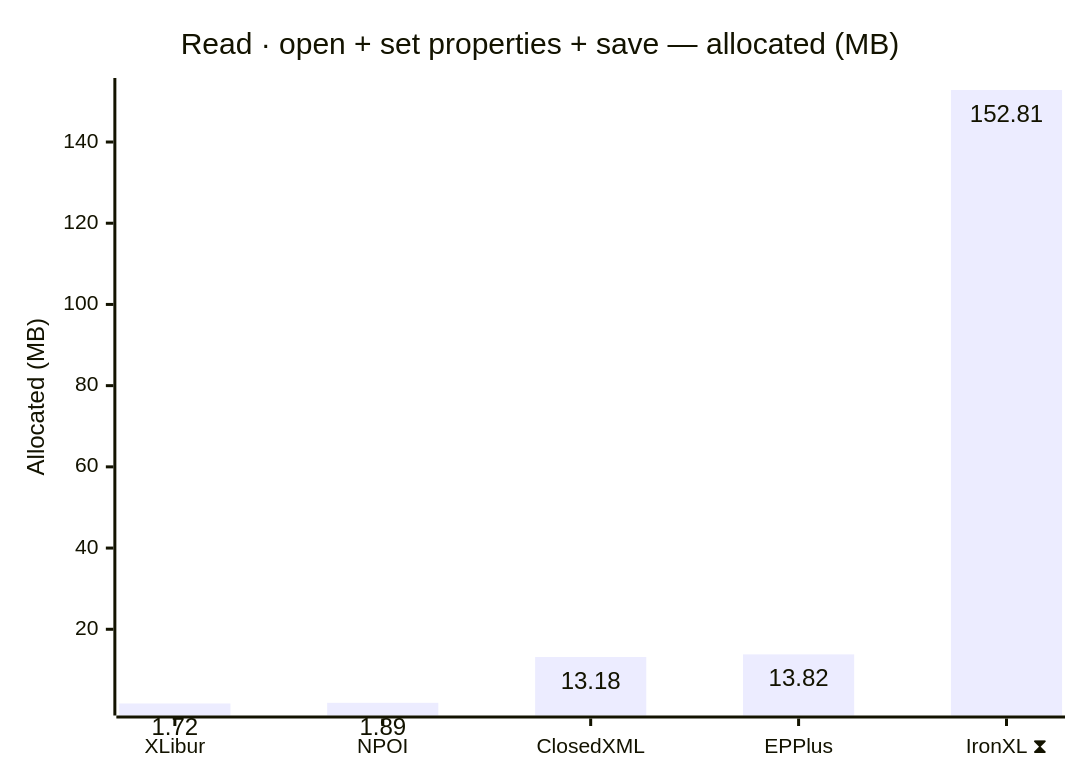
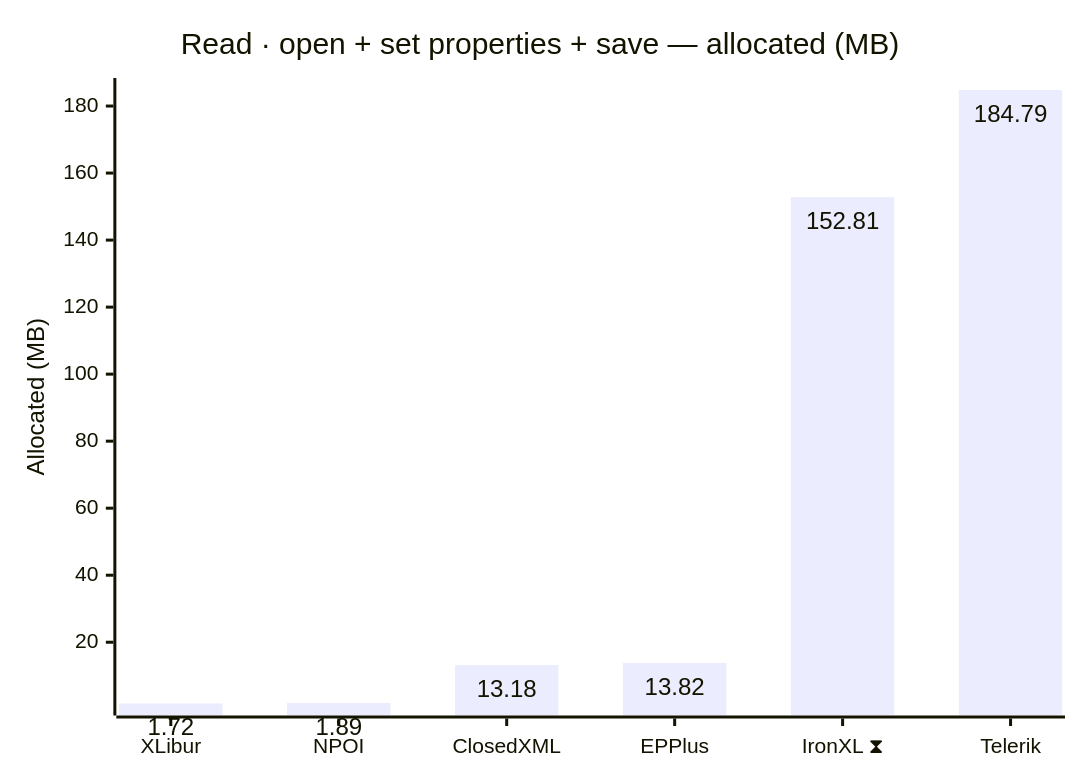
One commit to jafin/XLBench changed the second of 12 diagrams in docs/results.md. Above: the diagram before and after it, drawn with Mermaid. The commit also changed other lines of this file and 3 other files, not shown here.

````diff
--- a/docs/results.md
+++ b/docs/results.md
@@ -52,12 +53,12 @@
 ```mermaid
 ---
 config:
   xyChart:
     showDataLabel: true
 ---
 xychart-beta
     title "Read · open + set properties + save — allocated (MB)"
-    x-axis ["XLibur", "NPOI", "ClosedXML", "EPPlus", "IronXL ⧗"]
+    x-axis ["XLibur", "NPOI", "ClosedXML", "EPPlus", "IronXL ⧗", "Telerik"]
     y-axis "Allocated (MB)"
-    bar [1.72, 1.89, 13.18, 13.82, 152.81]
+    bar [1.72, 1.89, 13.18, 13.82, 152.81, 184.79]
 ```
````
